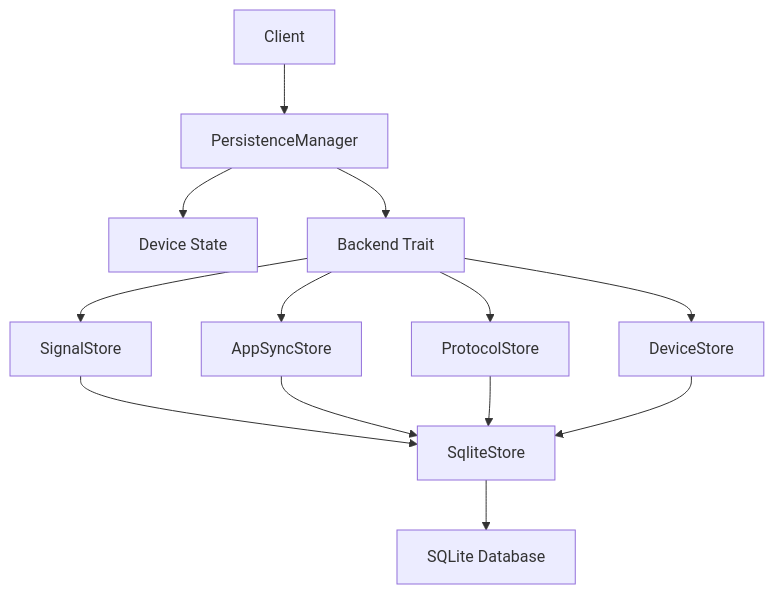
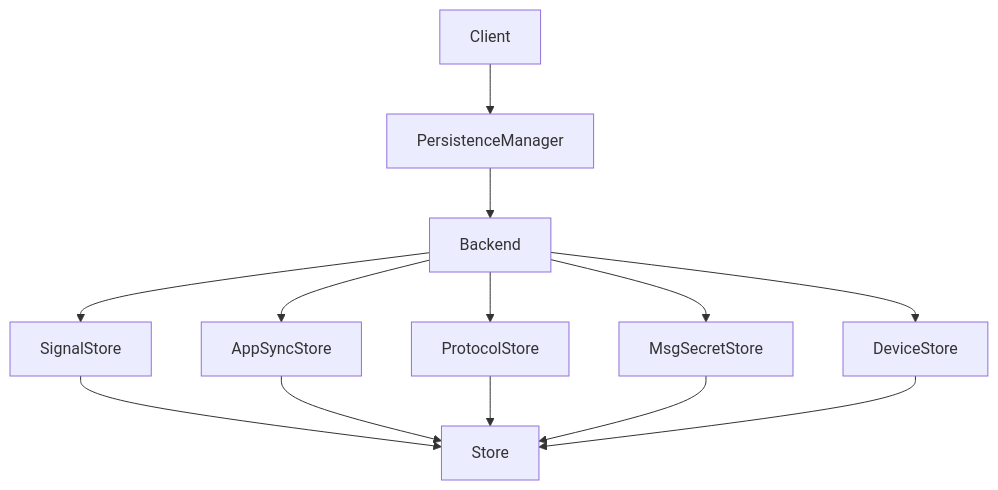
Before and after one commit to oxidezap/whatsapp-rust-docs: the diagram in concepts/storage.mdx, drawn with Mermaid. The commit also changed other lines of this file and 115 other files, not shown here.

````diff
--- a/concepts/storage.mdx
+++ b/concepts/storage.mdx
@@ -12,15 +24,15 @@
 ```mermaid
-graph TB
-    A[Client] --> B[PersistenceManager]
-    B --> C[Device State]
-    B --> D[Backend Trait]
-    D --> E[SignalStore]
-    D --> F[AppSyncStore]
-    D --> G[ProtocolStore]
-    D --> H[DeviceStore]
-    E --> I[SqliteStore]
-    F --> I
-    G --> I
-    H --> I
-    I --> J[SQLite Database]
+graph TD
+    Client --> PersistenceManager
+    PersistenceManager --> Backend
+    Backend --> SignalStore
+    Backend --> AppSyncStore
+    Backend --> ProtocolStore
+    Backend --> MsgSecretStore
+    Backend --> DeviceStore
+    SignalStore --> Store
+    AppSyncStore --> Store
+    ProtocolStore --> Store
+    MsgSecretStore --> Store
+    DeviceStore --> Store
 ```
````
